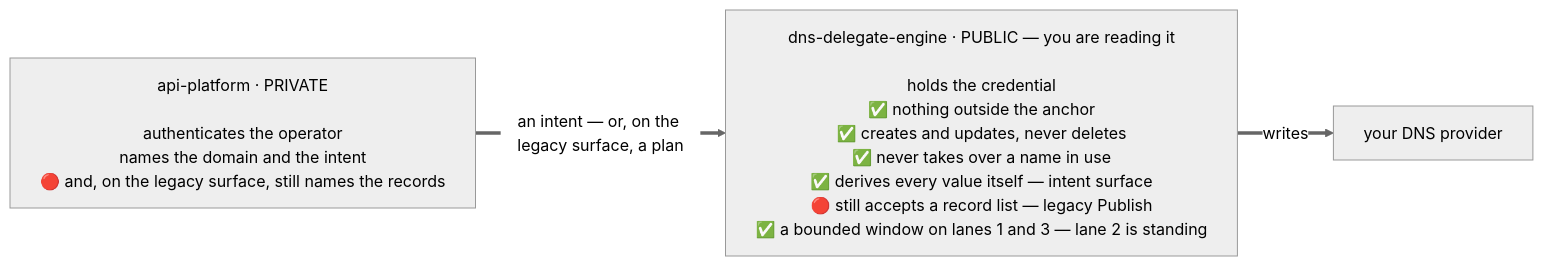
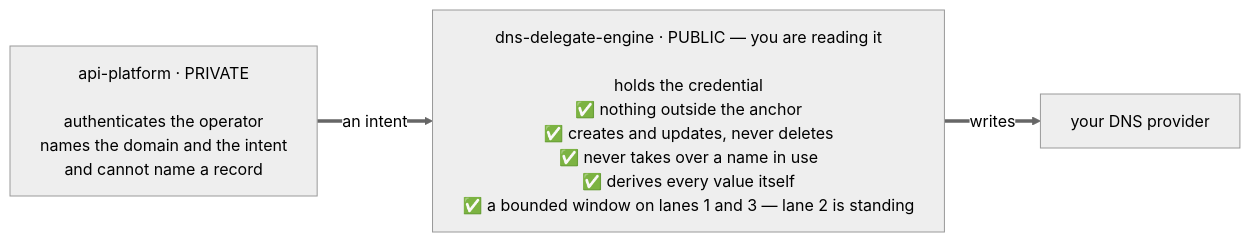
Before and after one commit to mirrorstack-ai/dns-delegate-engine: the fourth of 4 diagrams in README.md, drawn with Mermaid (neutral theme). The commit also changed other lines of this file and 15 other files, not shown here.

First line of the commit message:
chore: delete the record-list surface

````diff
--- a/README.md
+++ b/README.md
@@ -512,10 +482,10 @@
 ```mermaid
 %%{init: {"flowchart": {"wrappingWidth": 460}}}%%
 flowchart LR
-    P["api-platform · PRIVATE<br/><br/>authenticates the operator<br/>names the domain and the intent<br/>🔴 and, on the legacy surface, still names the records"]
-    E["dns-delegate-engine · PUBLIC — you are reading it<br/><br/>holds the credential<br/>✅ nothing outside the anchor<br/>✅ creates and updates, never deletes<br/>✅ never takes over a name in use<br/>✅ derives every value itself — intent surface<br/>🔴 still accepts a record list — legacy Publish<br/>✅ a bounded window on lanes 1 and 3 — lane 2 is standing"]
+    P["api-platform · PRIVATE<br/><br/>authenticates the operator<br/>names the domain and the intent<br/>and cannot name a record"]
+    E["dns-delegate-engine · PUBLIC — you are reading it<br/><br/>holds the credential<br/>✅ nothing outside the anchor<br/>✅ creates and updates, never deletes<br/>✅ never takes over a name in use<br/>✅ derives every value itself<br/>✅ a bounded window on lanes 1 and 3 — lane 2 is standing"]
     DNS["your DNS provider"]
 
-    P ==>|an intent — or, on the legacy surface, a plan| E
+    P ==>|an intent| E
     E ==>|writes| DNS
 ```
````
